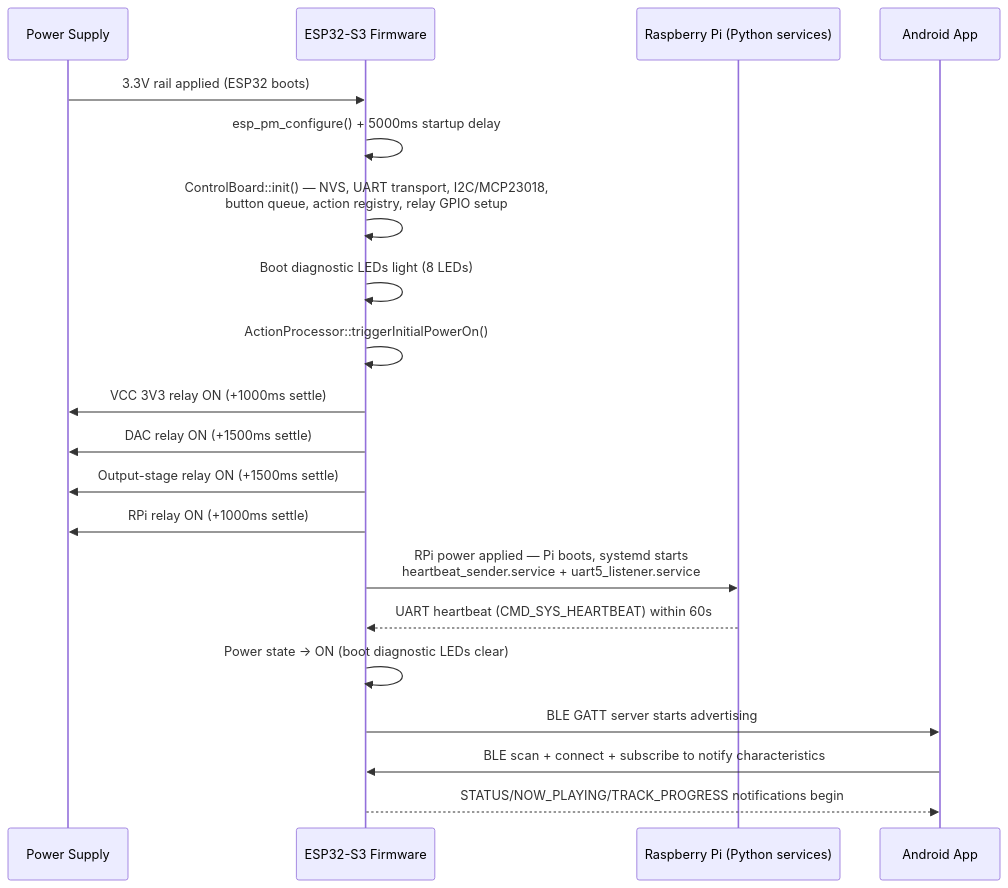
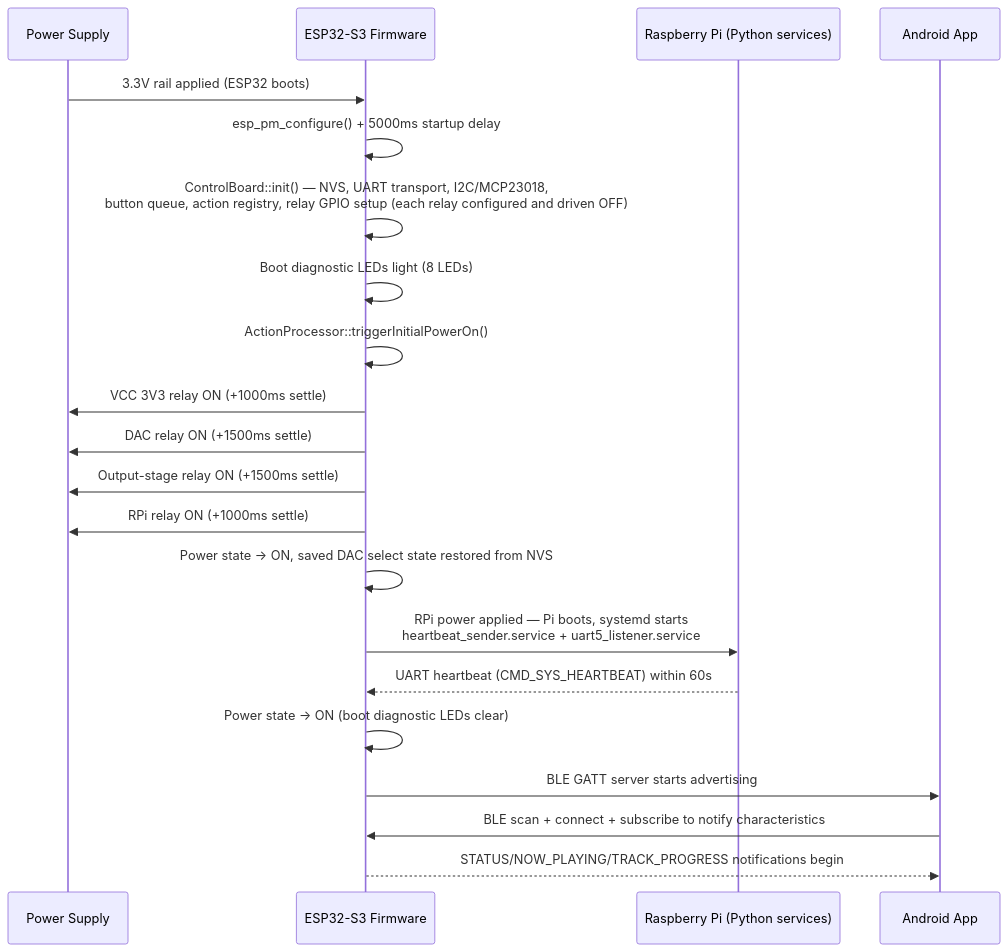
The second of 5 diagrams in docs/01-system-architecture.md (AnthonyLRoy/TinyControlBoard), drawn with Mermaid before and after one commit. The commit also changed other lines of this file and 41 other files, not shown here.

````diff
--- a/docs/01-system-architecture.md
+++ b/docs/01-system-architecture.md
@@ -89,23 +89,24 @@
 ```mermaid
 sequenceDiagram
     participant HW as Power Supply
     participant ESP as ESP32-S3 Firmware
     participant RPi as Raspberry Pi (Python services)
     participant App as Android App
 
     HW->>ESP: 3.3V rail applied (ESP32 boots)
     ESP->>ESP: esp_pm_configure() + 5000ms startup delay
-    ESP->>ESP: ControlBoard::init() — NVS, UART transport, I2C/MCP23018,<br/>button queue, action registry, relay GPIO setup
+    ESP->>ESP: ControlBoard::init() — NVS, UART transport, I2C/MCP23018,<br/>button queue, action registry, relay GPIO setup (each relay configured and driven OFF)
     ESP->>ESP: Boot diagnostic LEDs light (8 LEDs)
     ESP->>ESP: ActionProcessor::triggerInitialPowerOn()
     ESP->>HW: VCC 3V3 relay ON (+1000ms settle)
     ESP->>HW: DAC relay ON (+1500ms settle)
     ESP->>HW: Output-stage relay ON (+1500ms settle)
     ESP->>HW: RPi relay ON (+1000ms settle)
+    ESP->>ESP: Power state -> ON, saved DAC select state restored from NVS
     ESP->>RPi: RPi power applied — Pi boots, systemd starts<br/>heartbeat_sender.service + uart5_listener.service
     RPi-->>ESP: UART heartbeat (CMD_SYS_HEARTBEAT) within 60s
     ESP->>ESP: Power state -> ON (boot diagnostic LEDs clear)
     ESP->>App: BLE GATT server starts advertising
     App->>ESP: BLE scan + connect + subscribe to notify characteristics
     ESP-->>App: STATUS/NOW_PLAYING/TRACK_PROGRESS notifications begin
 ```
````
